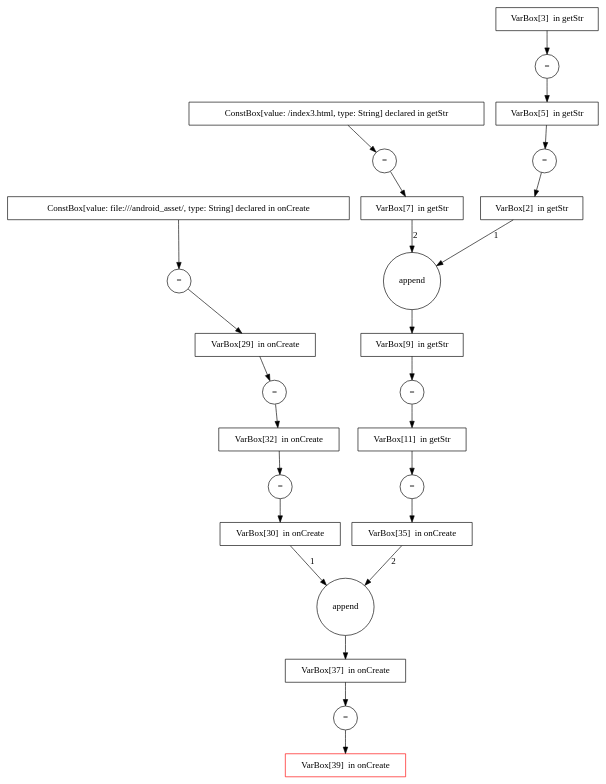
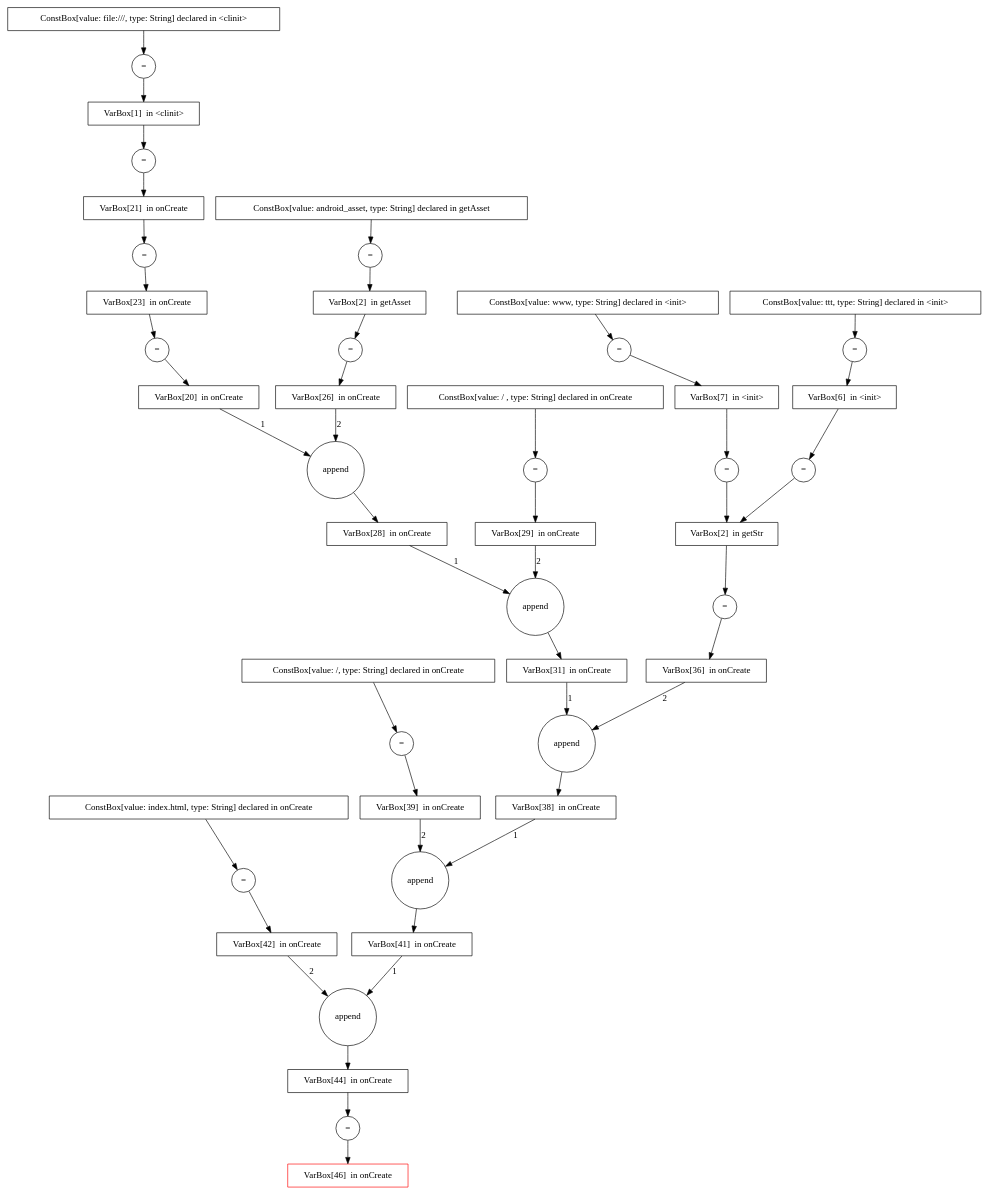
The diagram in HybriDroid/const.dot (SunghoLee/HybriDroid), drawn with Graphviz before and after one commit. The commit also changed 2547 other files, not shown here.

```diff
--- a/HybriDroid/const.dot
+++ b/HybriDroid/const.dot
@@ -1,51 +1,93 @@
 digraph{
-23 [label="VarBox[2]  in getStr", shape=box, color=black]
-3 [label="=", shape=circle, color=black]
-22 [label="=", shape=circle, color=black]
-12 [label="VarBox[37]  in onCreate", shape=box, color=black]
+3 [label="append", shape=circle, color=black]
+30 [label="ConstBox[value: index.html, type: String] declared in onCreate", shape=box, color=black]
+42 [label="=", shape=circle, color=black]
+7 [label="VarBox[28]  in onCreate", shape=box, color=black]
+1 [label="VarBox[46]  in onCreate", shape=box, color=red]
+13 [label="=", shape=circle, color=black]
+46 [label="ConstBox[value: / , type: String] declared in onCreate", shape=box, color=black]
+16 [label="append", shape=circle, color=black]
+45 [label="VarBox[39]  in onCreate", shape=box, color=black]
+11 [label="VarBox[44]  in onCreate", shape=box, color=black]
+17 [label="=", shape=circle, color=black]
+33 [label="ConstBox[value: ttt, type: String] declared in <init>", shape=box, color=black]
+43 [label="=", shape=circle, color=black]
+14 [label="ConstBox[value: /, type: String] declared in onCreate", shape=box, color=black]
+31 [label="ConstBox[value: www, type: String] declared in <init>", shape=box, color=black]
+28 [label="=", shape=circle, color=black]
+26 [label="=", shape=circle, color=black]
+39 [label="VarBox[7]  in <init>", shape=box, color=black]
+8 [label="VarBox[38]  in onCreate", shape=box, color=black]
+35 [label="ConstBox[value: android_asset, type: String] declared in getAsset", shape=box, color=black]
+21 [label="VarBox[2]  in getAsset", shape=box, color=black]
+6 [label="append", shape=circle, color=black]
+44 [label="VarBox[6]  in <init>", shape=box, color=black]
+41 [label="=", shape=circle, color=black]
+15 [label="=", shape=circle, color=black]
+12 [label="VarBox[1]  in <clinit>", shape=box, color=black]
+24 [label="=", shape=circle, color=black]
+5 [label="VarBox[20]  in onCreate", shape=box, color=black]
+9 [label="append", shape=circle, color=black]
+20 [label="=", shape=circle, color=black]
+22 [label="VarBox[41]  in onCreate", shape=box, color=black]
+23 [label="VarBox[29]  in onCreate", shape=box, color=black]
+38 [label="=", shape=circle, color=black]
+40 [label="VarBox[23]  in onCreate", shape=box, color=black]
+10 [label="append", shape=circle, color=black]
+25 [label="VarBox[42]  in onCreate", shape=box, color=black]
+29 [label="VarBox[2]  in getStr", shape=box, color=black]
 4 [label="=", shape=circle, color=black]
-14 [label="=", shape=circle, color=black]
-1 [label="VarBox[39]  in onCreate", shape=box, color=red]
-20 [label="VarBox[29]  in onCreate", shape=box, color=black]
-24 [label="VarBox[7]  in getStr", shape=box, color=black]
-8 [label="VarBox[3]  in getStr", shape=box, color=black]
-6 [label="ConstBox[value: /index3.html, type: String] declared in getStr", shape=box, color=black]
-11 [label="append", shape=circle, color=black]
-5 [label="VarBox[11]  in getStr", shape=box, color=black]
-21 [label="append", shape=circle, color=black]
-15 [label="VarBox[32]  in onCreate", shape=box, color=black]
-17 [label="=", shape=circle, color=black]
-2 [label="ConstBox[value: file:///android_asset/, type: String] declared in onCreate", shape=box, color=black]
-13 [label="=", shape=circle, color=black]
-18 [label="VarBox[35]  in onCreate", shape=box, color=black]
-25 [label="VarBox[30]  in onCreate", shape=box, color=black]
-10 [label="VarBox[5]  in getStr", shape=box, color=black]
-16 [label="=", shape=circle, color=black]
-19 [label="VarBox[9]  in getStr", shape=box, color=black]
-7 [label="=", shape=circle, color=black]
-9 [label="=", shape=circle, color=black]
-2 -> 3
-3 -> 20
+32 [label="=", shape=circle, color=black]
+37 [label="VarBox[21]  in onCreate", shape=box, color=black]
+36 [label="=", shape=circle, color=black]
+2 [label="VarBox[31]  in onCreate", shape=box, color=black]
+18 [label="VarBox[26]  in onCreate", shape=box, color=black]
+34 [label="=", shape=circle, color=black]
+19 [label="ConstBox[value: file:///, type: String] declared in <clinit>", shape=box, color=black]
+27 [label="VarBox[36]  in onCreate", shape=box, color=black]
+2 -> 3 [label="1"]
+3 -> 8
 4 -> 5
-5 -> 17
+5 -> 6 [label="1"]
 6 -> 7
-7 -> 24
-8 -> 9
-9 -> 10
-10 -> 13
-11 -> 12
-12 -> 14
-13 -> 23
-14 -> 1
-15 -> 16
-16 -> 25
+7 -> 16 [label="1"]
+8 -> 9 [label="1"]
+9 -> 22
+10 -> 11
+11 -> 26
+12 -> 13
+13 -> 37
+14 -> 15
+15 -> 45
+16 -> 2
 17 -> 18
-18 -> 11 [label="2"]
-19 -> 4
-20 -> 22
-21 -> 19
-22 -> 15
-23 -> 21 [label="1"]
-24 -> 21 [label="2"]
-25 -> 11 [label="1"]
+18 -> 6 [label="2"]
+19 -> 20
+20 -> 12
+21 -> 17
+22 -> 10 [label="1"]
+23 -> 16 [label="2"]
+24 -> 25
+25 -> 10 [label="2"]
+26 -> 1
+27 -> 3 [label="2"]
+28 -> 29
+29 -> 42
+30 -> 24
+31 -> 32
+32 -> 39
+33 -> 34
+34 -> 44
+35 -> 36
+36 -> 21
+37 -> 38
+38 -> 40
+39 -> 28
+40 -> 4
+41 -> 29
+42 -> 27
+43 -> 23
+44 -> 41
+45 -> 9 [label="2"]
+46 -> 43
 }
```
